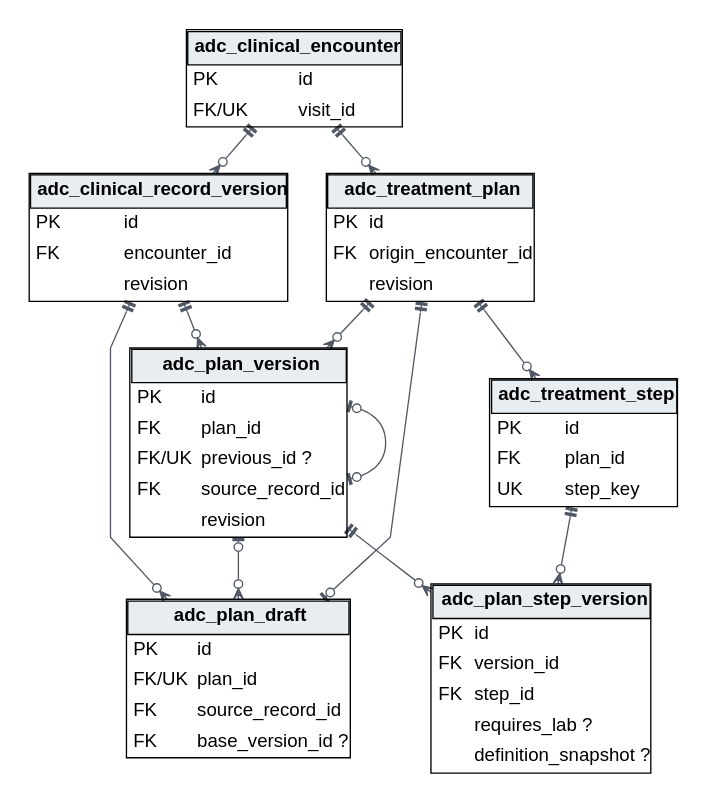
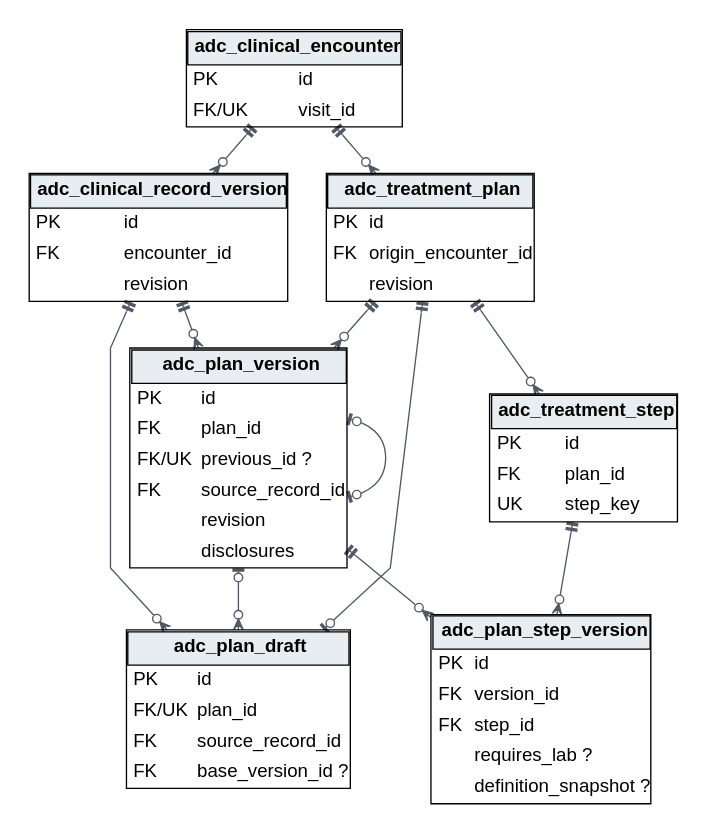
One commit to Zhang646967/adc-dental-clinic changed the diagram in docs/database/er_treatment_plan.dot. Above: the diagram before and after it, drawn with Graphviz. The commit also changed 55 other files, not shown here.

Commit message:
docs: deliver verified treatment explanations, actual ER and course report

```diff
--- a/docs/database/er_treatment_plan.dot
+++ b/docs/database/er_treatment_plan.dot
@@ -1,23 +1,23 @@
 digraph schema {
 graph [rankdir=TB, bgcolor="white", pad="0.2", nodesep="0.40", ranksep="0.48", splines=polyline, outputorder=edgesfirst];
 node [shape=plain, fontname="Arial", fontsize=14];
 edge [color="#505965", arrowsize=0.8, dir=both];
 "adc_clinical_encounter" [label=<<TABLE BORDER="1" CELLBORDER="0" CELLSPACING="0" CELLPADDING="4"><TR><TD COLSPAN="2" BGCOLOR="#e8edf2" BORDER="1"><B>adc_clinical_encounter</B></TD></TR><TR><TD ALIGN="LEFT">PK</TD><TD ALIGN="LEFT" PORT="id">id</TD></TR><TR><TD ALIGN="LEFT">FK/UK</TD><TD ALIGN="LEFT" PORT="visit_id">visit_id</TD></TR></TABLE>>];
 "adc_clinical_record_version" [label=<<TABLE BORDER="1" CELLBORDER="0" CELLSPACING="0" CELLPADDING="4"><TR><TD COLSPAN="2" BGCOLOR="#e8edf2" BORDER="1"><B>adc_clinical_record_version</B></TD></TR><TR><TD ALIGN="LEFT">PK</TD><TD ALIGN="LEFT" PORT="id">id</TD></TR><TR><TD ALIGN="LEFT">FK</TD><TD ALIGN="LEFT" PORT="encounter_id">encounter_id</TD></TR><TR><TD ALIGN="LEFT"></TD><TD ALIGN="LEFT" PORT="revision">revision</TD></TR></TABLE>>];
 "adc_treatment_plan" [label=<<TABLE BORDER="1" CELLBORDER="0" CELLSPACING="0" CELLPADDING="4"><TR><TD COLSPAN="2" BGCOLOR="#e8edf2" BORDER="1"><B>adc_treatment_plan</B></TD></TR><TR><TD ALIGN="LEFT">PK</TD><TD ALIGN="LEFT" PORT="id">id</TD></TR><TR><TD ALIGN="LEFT">FK</TD><TD ALIGN="LEFT" PORT="origin_encounter_id">origin_encounter_id</TD></TR><TR><TD ALIGN="LEFT"></TD><TD ALIGN="LEFT" PORT="revision">revision</TD></TR></TABLE>>];
 "adc_plan_draft" [label=<<TABLE BORDER="1" CELLBORDER="0" CELLSPACING="0" CELLPADDING="4"><TR><TD COLSPAN="2" BGCOLOR="#e8edf2" BORDER="1"><B>adc_plan_draft</B></TD></TR><TR><TD ALIGN="LEFT">PK</TD><TD ALIGN="LEFT" PORT="id">id</TD></TR><TR><TD ALIGN="LEFT">FK/UK</TD><TD ALIGN="LEFT" PORT="plan_id">plan_id</TD></TR><TR><TD ALIGN="LEFT">FK</TD><TD ALIGN="LEFT" PORT="source_record_id">source_record_id</TD></TR><TR><TD ALIGN="LEFT">FK</TD><TD ALIGN="LEFT" PORT="base_version_id">base_version_id ?</TD></TR></TABLE>>];
-"adc_plan_version" [label=<<TABLE BORDER="1" CELLBORDER="0" CELLSPACING="0" CELLPADDING="4"><TR><TD COLSPAN="2" BGCOLOR="#e8edf2" BORDER="1"><B>adc_plan_version</B></TD></TR><TR><TD ALIGN="LEFT">PK</TD><TD ALIGN="LEFT" PORT="id">id</TD></TR><TR><TD ALIGN="LEFT">FK</TD><TD ALIGN="LEFT" PORT="plan_id">plan_id</TD></TR><TR><TD ALIGN="LEFT">FK/UK</TD><TD ALIGN="LEFT" PORT="previous_id">previous_id ?</TD></TR><TR><TD ALIGN="LEFT">FK</TD><TD ALIGN="LEFT" PORT="source_record_id">source_record_id</TD></TR><TR><TD ALIGN="LEFT"></TD><TD ALIGN="LEFT" PORT="revision">revision</TD></TR></TABLE>>];
+"adc_plan_version" [label=<<TABLE BORDER="1" CELLBORDER="0" CELLSPACING="0" CELLPADDING="4"><TR><TD COLSPAN="2" BGCOLOR="#e8edf2" BORDER="1"><B>adc_plan_version</B></TD></TR><TR><TD ALIGN="LEFT">PK</TD><TD ALIGN="LEFT" PORT="id">id</TD></TR><TR><TD ALIGN="LEFT">FK</TD><TD ALIGN="LEFT" PORT="plan_id">plan_id</TD></TR><TR><TD ALIGN="LEFT">FK/UK</TD><TD ALIGN="LEFT" PORT="previous_id">previous_id ?</TD></TR><TR><TD ALIGN="LEFT">FK</TD><TD ALIGN="LEFT" PORT="source_record_id">source_record_id</TD></TR><TR><TD ALIGN="LEFT"></TD><TD ALIGN="LEFT" PORT="revision">revision</TD></TR><TR><TD ALIGN="LEFT"></TD><TD ALIGN="LEFT" PORT="disclosures">disclosures</TD></TR></TABLE>>];
 "adc_treatment_step" [label=<<TABLE BORDER="1" CELLBORDER="0" CELLSPACING="0" CELLPADDING="4"><TR><TD COLSPAN="2" BGCOLOR="#e8edf2" BORDER="1"><B>adc_treatment_step</B></TD></TR><TR><TD ALIGN="LEFT">PK</TD><TD ALIGN="LEFT" PORT="id">id</TD></TR><TR><TD ALIGN="LEFT">FK</TD><TD ALIGN="LEFT" PORT="plan_id">plan_id</TD></TR><TR><TD ALIGN="LEFT">UK</TD><TD ALIGN="LEFT" PORT="step_key">step_key</TD></TR></TABLE>>];
 "adc_plan_step_version" [label=<<TABLE BORDER="1" CELLBORDER="0" CELLSPACING="0" CELLPADDING="4"><TR><TD COLSPAN="2" BGCOLOR="#e8edf2" BORDER="1"><B>adc_plan_step_version</B></TD></TR><TR><TD ALIGN="LEFT">PK</TD><TD ALIGN="LEFT" PORT="id">id</TD></TR><TR><TD ALIGN="LEFT">FK</TD><TD ALIGN="LEFT" PORT="version_id">version_id</TD></TR><TR><TD ALIGN="LEFT">FK</TD><TD ALIGN="LEFT" PORT="step_id">step_id</TD></TR><TR><TD ALIGN="LEFT"></TD><TD ALIGN="LEFT" PORT="requires_lab">requires_lab ?</TD></TR><TR><TD ALIGN="LEFT"></TD><TD ALIGN="LEFT" PORT="definition_snapshot">definition_snapshot ?</TD></TR></TABLE>>];
 "adc_clinical_encounter" -> "adc_clinical_record_version" [arrowtail="teetee", arrowhead="crowodot", tooltip="adc_clinical_record_version.encounter_id references adc_clinical_encounter.id; 0..*:1"];
 "adc_clinical_encounter" -> "adc_treatment_plan" [arrowtail="teetee", arrowhead="crowodot", tooltip="adc_treatment_plan.origin_encounter_id references adc_clinical_encounter.id; 0..*:1"];
 "adc_treatment_plan" -> "adc_plan_draft" [arrowtail="teetee", arrowhead="teeodot", tooltip="adc_plan_draft.plan_id references adc_treatment_plan.id; 0..1:1"];
 "adc_clinical_record_version" -> "adc_plan_draft" [arrowtail="teetee", arrowhead="crowodot", tooltip="adc_plan_draft.source_record_id references adc_clinical_record_version.id; 0..*:1"];
 "adc_plan_version" -> "adc_plan_draft" [arrowtail="teeodot", arrowhead="crowodot", tooltip="adc_plan_draft.base_version_id references adc_plan_version.id; 0..*:0..1"];
 "adc_treatment_plan" -> "adc_plan_version" [arrowtail="teetee", arrowhead="crowodot", tooltip="adc_plan_version.plan_id references adc_treatment_plan.id; 0..*:1"];
 "adc_plan_version" -> "adc_plan_version" [arrowtail="teeodot", arrowhead="teeodot", tooltip="adc_plan_version.previous_id references adc_plan_version.id; 0..1:0..1"];
 "adc_clinical_record_version" -> "adc_plan_version" [arrowtail="teetee", arrowhead="crowodot", tooltip="adc_plan_version.source_record_id references adc_clinical_record_version.id; 0..*:1"];
 "adc_treatment_plan" -> "adc_treatment_step" [arrowtail="teetee", arrowhead="crowodot", tooltip="adc_treatment_step.plan_id references adc_treatment_plan.id; 0..*:1"];
 "adc_plan_version" -> "adc_plan_step_version" [arrowtail="teetee", arrowhead="crowodot", tooltip="adc_plan_step_version.version_id references adc_plan_version.id; 0..*:1"];
 "adc_treatment_step" -> "adc_plan_step_version" [arrowtail="teetee", arrowhead="crowodot", tooltip="adc_plan_step_version.step_id references adc_treatment_step.id; 0..*:1"];
 }
```
